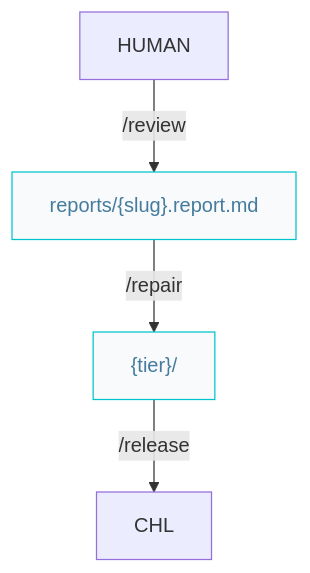
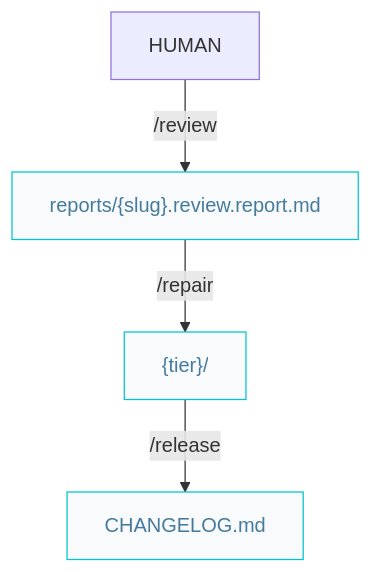
Before and after one commit to AIDDbot/AIDDbot: the diagram in docs/craftsman.pipelines.md, drawn with Mermaid. The commit also changed other lines of this file and 23 other files, not shown here.

````diff
--- a/docs/craftsman.pipelines.md
+++ b/docs/craftsman.pipelines.md
@@ -7,12 +7,13 @@
 ```mermaid
 flowchart TD  
   HUM[HUMAN]
   COD["{tier}/"]:::nd
-  RPT["reports/{slug}.report.md"]:::nd
+  RPT["reports/{slug}.review.report.md"]:::nd
+  CHL["CHANGELOG.md"]:::nd
   
   HUM -->|/review| RPT
   RPT -->|/repair| COD
   COD -->|/release| CHL
 
   classDef nd fill:#f8fafc,stroke:#00c4cc,color:#457b9d
 ```
````
